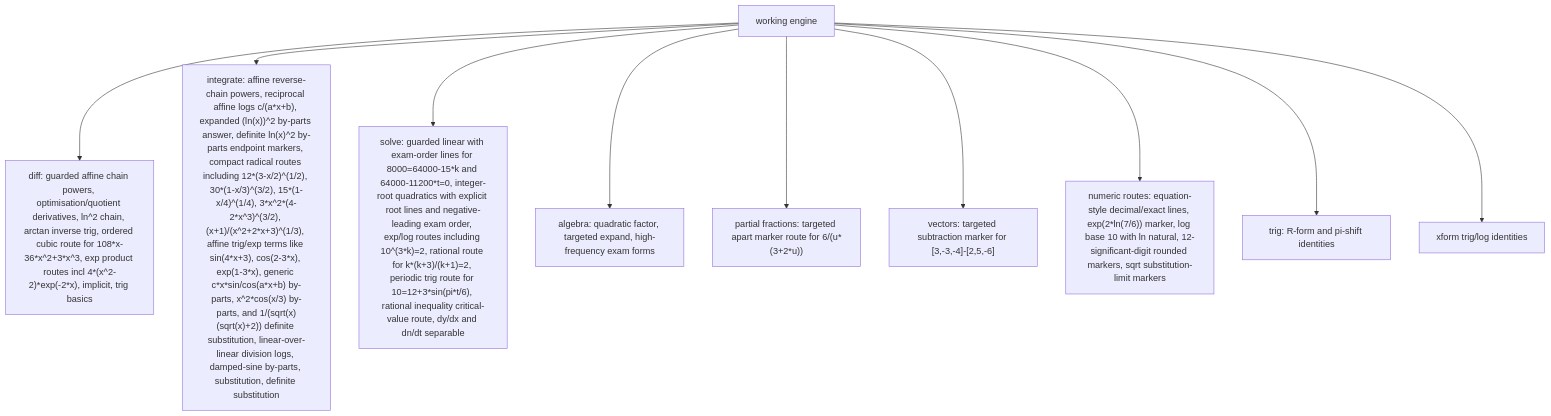
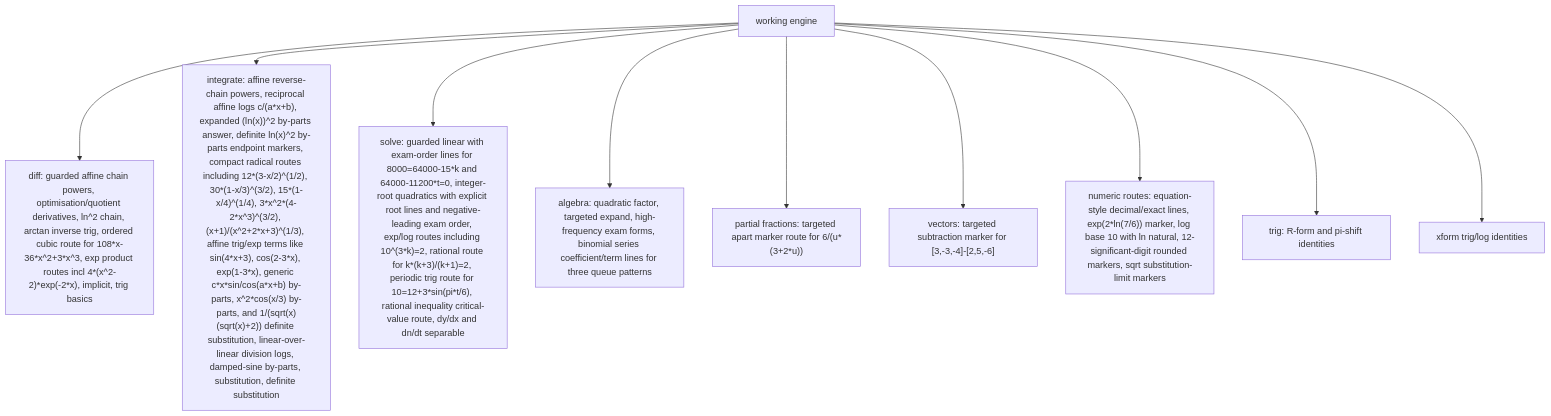
One commit to james8464/notes-addin-casio-fx-cg50 changed the third of 6 diagrams in docs/GRAPH.md. Above: the diagram before and after it, drawn with Mermaid. The commit also changed other lines of this file and 3 other files, not shown here.

````diff
--- a/docs/GRAPH.md
+++ b/docs/GRAPH.md
@@ -36,12 +36,12 @@
 ```mermaid
 graph TD
   Work["working engine"] --> Diff["diff: guarded affine chain powers, optimisation/quotient derivatives, ln^2 chain, arctan inverse trig, ordered cubic route for 108*x-36*x^2+3*x^3, exp product routes incl 4*(x^2-2)*exp(-2*x), implicit, trig basics"]
   Work --> Int["integrate: affine reverse-chain powers, reciprocal affine logs c/(a*x+b), expanded (ln(x))^2 by-parts answer, definite ln(x)^2 by-parts endpoint markers, compact radical routes including 12*(3-x/2)^(1/2), 30*(1-x/3)^(3/2), 15*(1-x/4)^(1/4), 3*x^2*(4-2*x^3)^(3/2), (x+1)/(x^2+2*x+3)^(1/3), affine trig/exp terms like sin(4*x+3), cos(2-3*x), exp(1-3*x), generic c*x*sin/cos(a*x+b) by-parts, x^2*cos(x/3) by-parts, and 1/(sqrt(x)(sqrt(x)+2)) definite substitution, linear-over-linear division logs, damped-sine by-parts, substitution, definite substitution"]
   Work --> Solve["solve: guarded linear with exam-order lines for 8000=64000-15*k and 64000-11200*t=0, integer-root quadratics with explicit root lines and negative-leading exam order, exp/log routes including 10^(3*k)=2, rational route for k*(k+3)/(k+1)=2, periodic trig route for 10=12+3*sin(pi*t/6), rational inequality critical-value route, dy/dx and dn/dt separable"]
-  Work --> Alg["algebra: quadratic factor, targeted expand, high-frequency exam forms"]
+  Work --> Alg["algebra: quadratic factor, targeted expand, high-frequency exam forms, binomial series coefficient/term lines for three queue patterns"]
   Work --> PF["partial fractions: targeted apart marker route for 6/(u*(3+2*u))"]
   Work --> Vec["vectors: targeted subtraction marker for [3,-3,-4]-[2,5,-6]"]
   Work --> Num["numeric routes: equation-style decimal/exact lines, exp(2*ln(7/6)) marker, log base 10 with ln natural, 12-significant-digit rounded markers, sqrt substitution-limit markers"]
   Work --> Trig["trig: R-form and pi-shift identities"]
   Work --> Xform["xform trig/log identities"]
 ```
````
